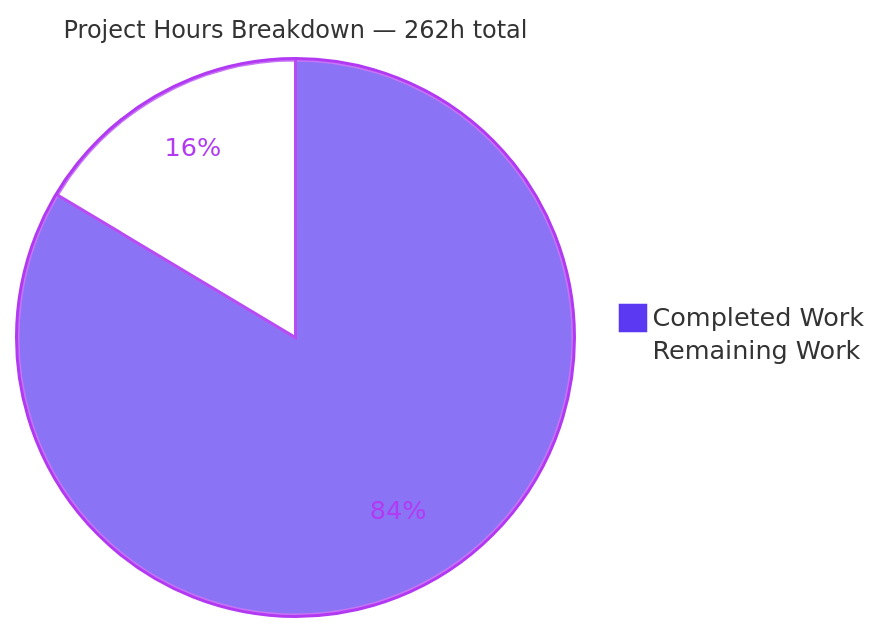
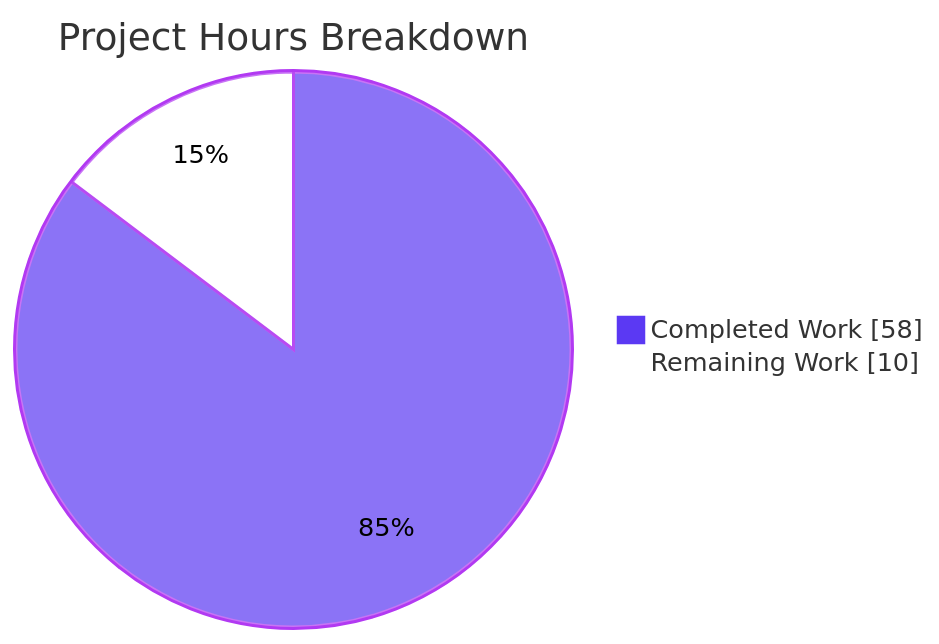
Before and after one commit to blitzy-public-samples/bps-trufflehog: the second of 3 diagrams in blitzy/documentation/Project Guide.md, drawn with Mermaid. The commit also changed other lines of this file, not shown here.

Commit message:
Adding Blitzy Project Guide: Project Status and Human Tasks Remaining

````diff
--- a/blitzy/documentation/Project Guide.md
+++ b/blitzy/documentation/Project Guide.md
@@ -224,6 +192,6 @@
 ```mermaid
-%%{init: {'theme':'base','themeVariables':{'pie1':'#5B39F3','pie2':'#FFFFFF','pieStrokeColor':'#B23AF2','pieOuterStrokeColor':'#B23AF2','pieSectionTextColor':'#B23AF2','pieTitleTextSize':'16px'}}}%%
-pie title Project Hours Breakdown — 262h total
-    "Completed Work" : 219
-    "Remaining Work" : 43
+%%{init: {'theme':'base','themeVariables':{'pie1':'#5B39F3','pie2':'#FFFFFF','pieStrokeColor':'#B23AF2','pieOuterStrokeColor':'#B23AF2','pieSectionTextColor':'#000000'}}}%%
+pie showData title Project Hours Breakdown
+    "Completed Work" : 58
+    "Remaining Work" : 10
 ```
````
